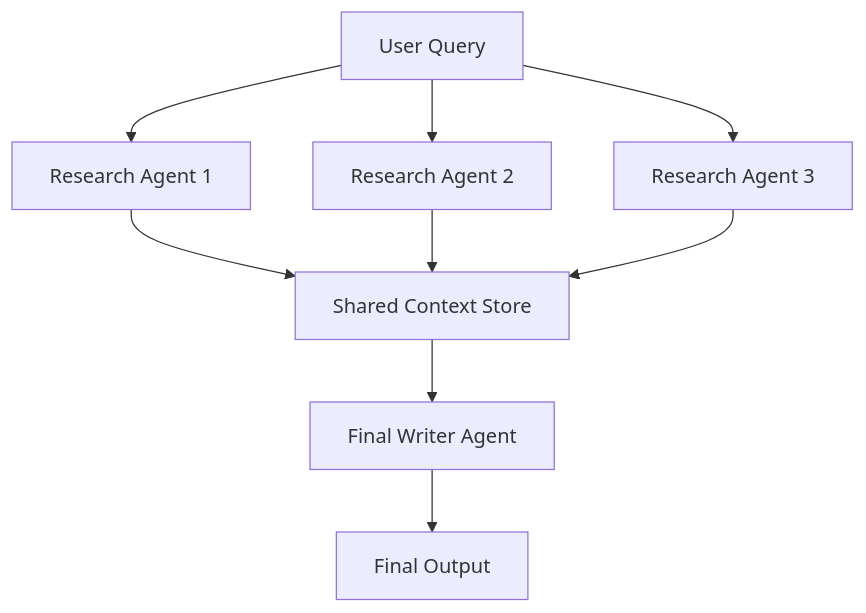
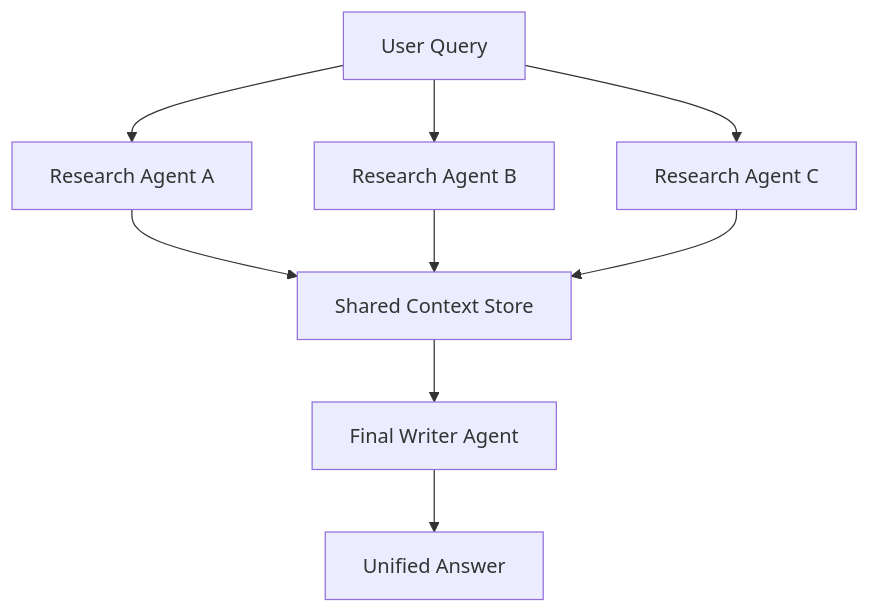
The third of 5 diagrams in Context Engineering/Latent_Space_Pod.md (pankajrajdeo/Courses), drawn with Mermaid before and after one commit. The commit also changed other lines of this file, not shown here.

````diff
--- a/Context Engineering/Latent_Space_Pod.md
+++ b/Context Engineering/Latent_Space_Pod.md
@@ -96,11 +152,11 @@
 ```mermaid
 flowchart TD
-    U[User Query] --> R1[Research Agent 1]
-    U --> R2[Research Agent 2]
-    U --> R3[Research Agent 3]
-    R1 --> Repo[Shared Context Store]
-    R2 --> Repo
-    R3 --> Repo
-    Repo --> Writer[Final Writer Agent]
-    Writer --> Report[Final Output]
+    U[User Query] --> A1[Research Agent A]
+    U --> A2[Research Agent B]
+    U --> A3[Research Agent C]
+    A1 --> Store[Shared Context Store]
+    A2 --> Store
+    A3 --> Store
+    Store --> Writer[Final Writer Agent]
+    Writer --> Report[Unified Answer]
 ```
````
